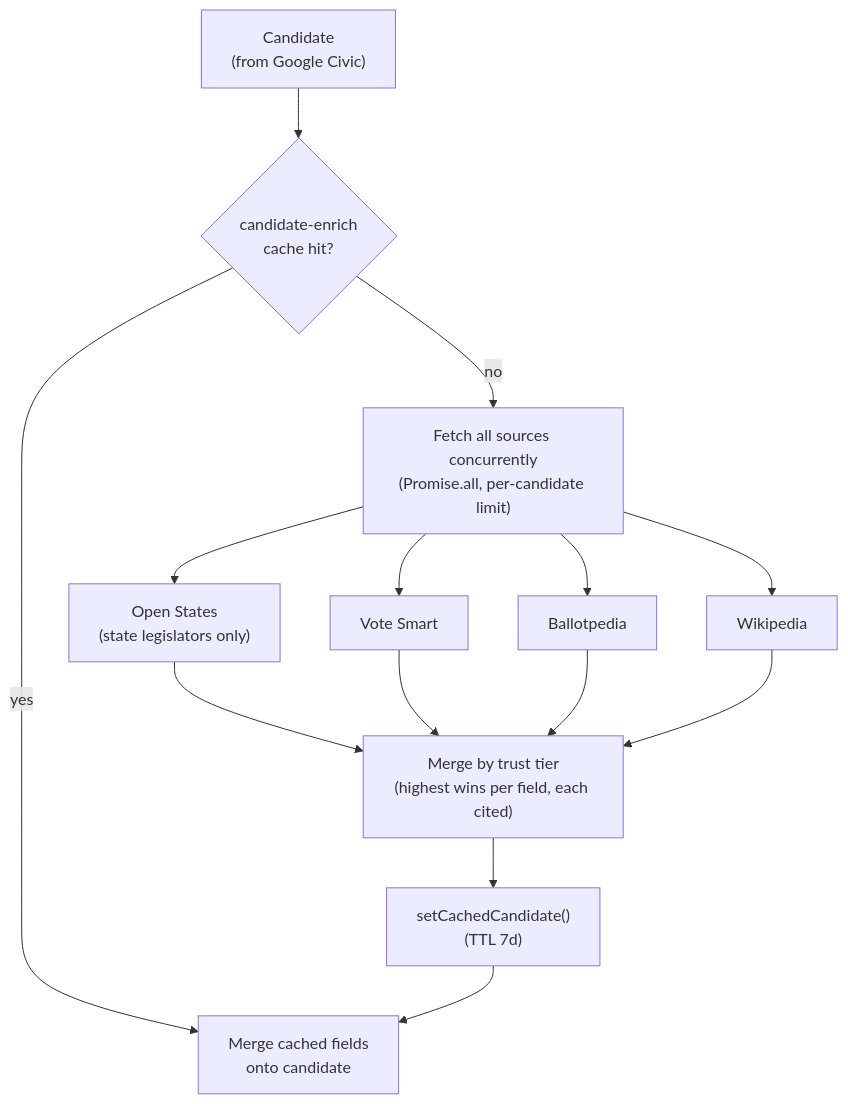
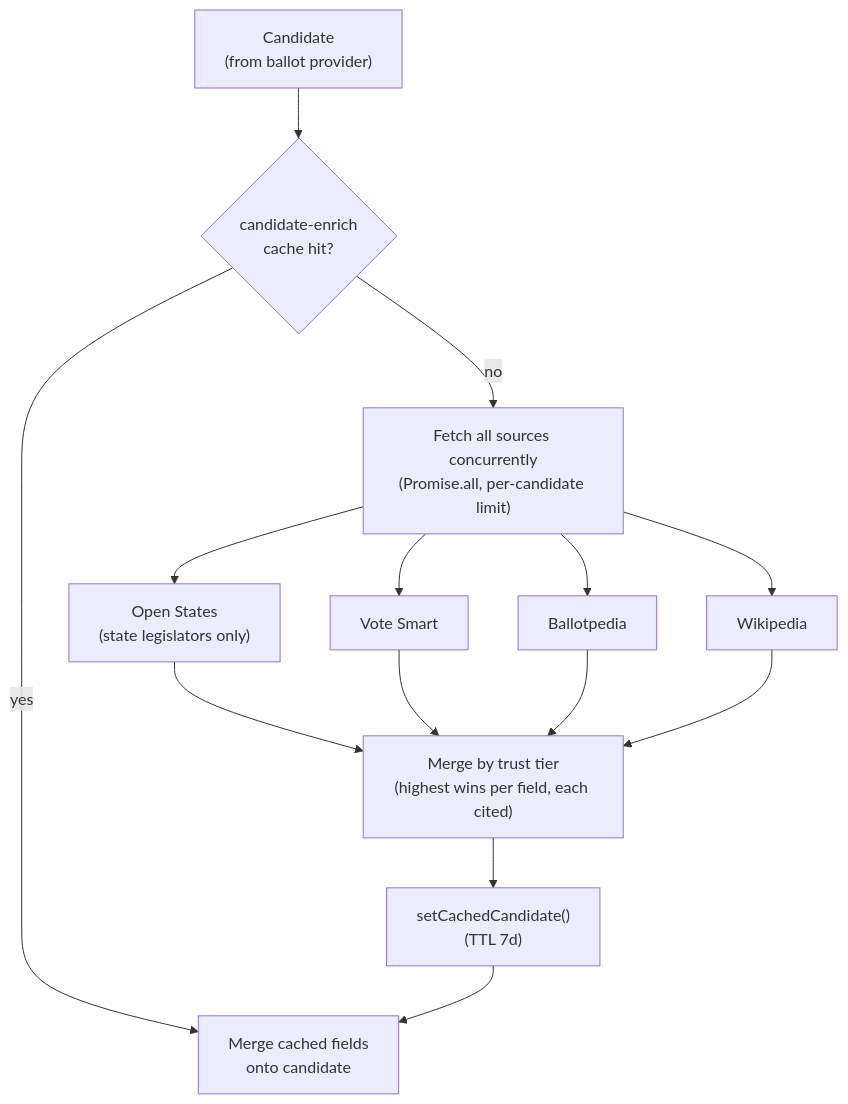
One commit to billion-app/billion changed the diagram in docs/candidate-enrichment.md. Above: the diagram before and after it, drawn with Mermaid. The commit also changed other lines of this file and 18 other files, not shown here.

````diff
--- a/docs/candidate-enrichment.md
+++ b/docs/candidate-enrichment.md
@@ -25,15 +29,15 @@
 ```mermaid
 flowchart TD
-    cand["Candidate<br/>(from Google Civic)"] --> cache{"candidate-enrich<br/>cache hit?"}
+    cand["Candidate<br/>(from ballot provider)"] --> cache{"candidate-enrich<br/>cache hit?"}
     cache -->|yes| backfill["Merge cached fields<br/>onto candidate"]
     cache -->|no| fetch["Fetch all sources concurrently<br/>(Promise.all, per-candidate limit)"]
 
     fetch --> os["Open States<br/>(state legislators only)"]
     fetch --> vs["Vote Smart"]
     fetch --> bp["Ballotpedia"]
     fetch --> wiki["Wikipedia"]
 
     os & vs & bp & wiki --> merge["Merge by trust tier<br/>(highest wins per field, each cited)"]
     merge --> write["setCachedCandidate()<br/>(TTL 7d)"]
     write --> backfill
 ```
````
